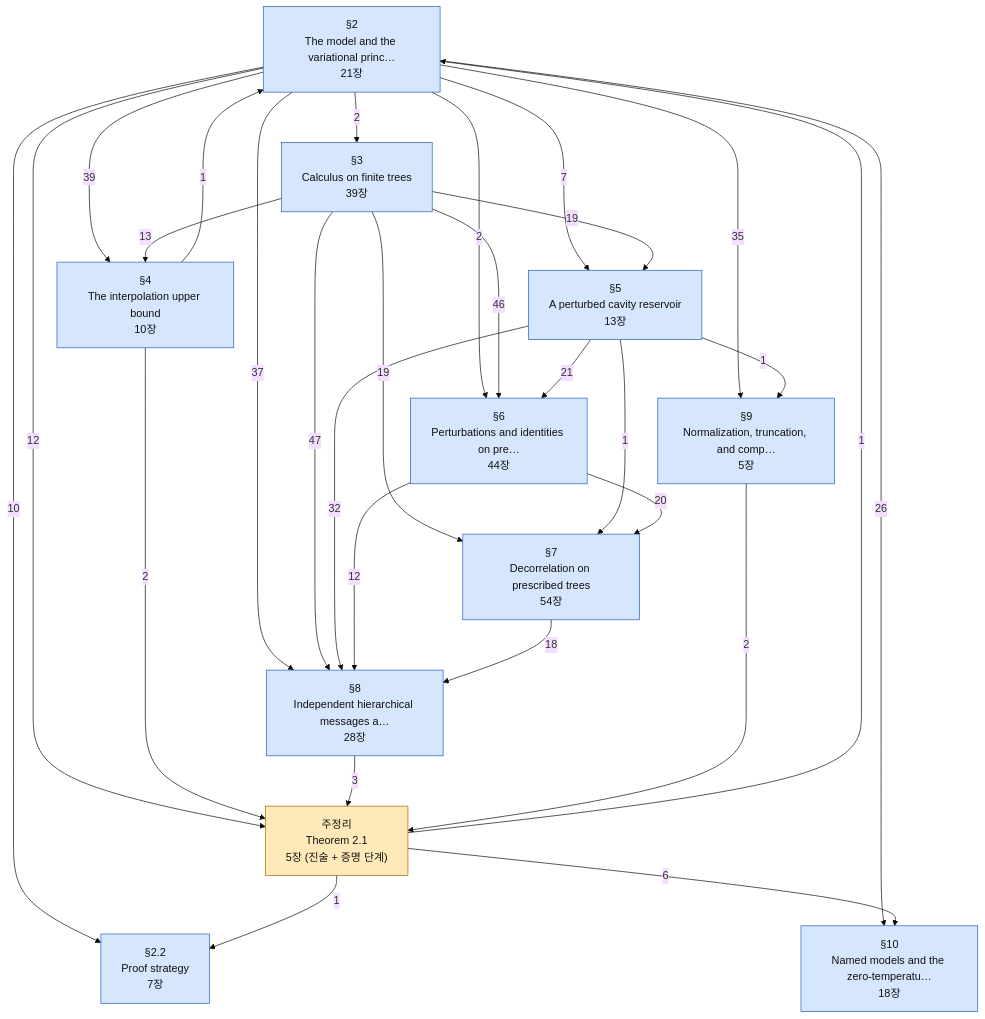
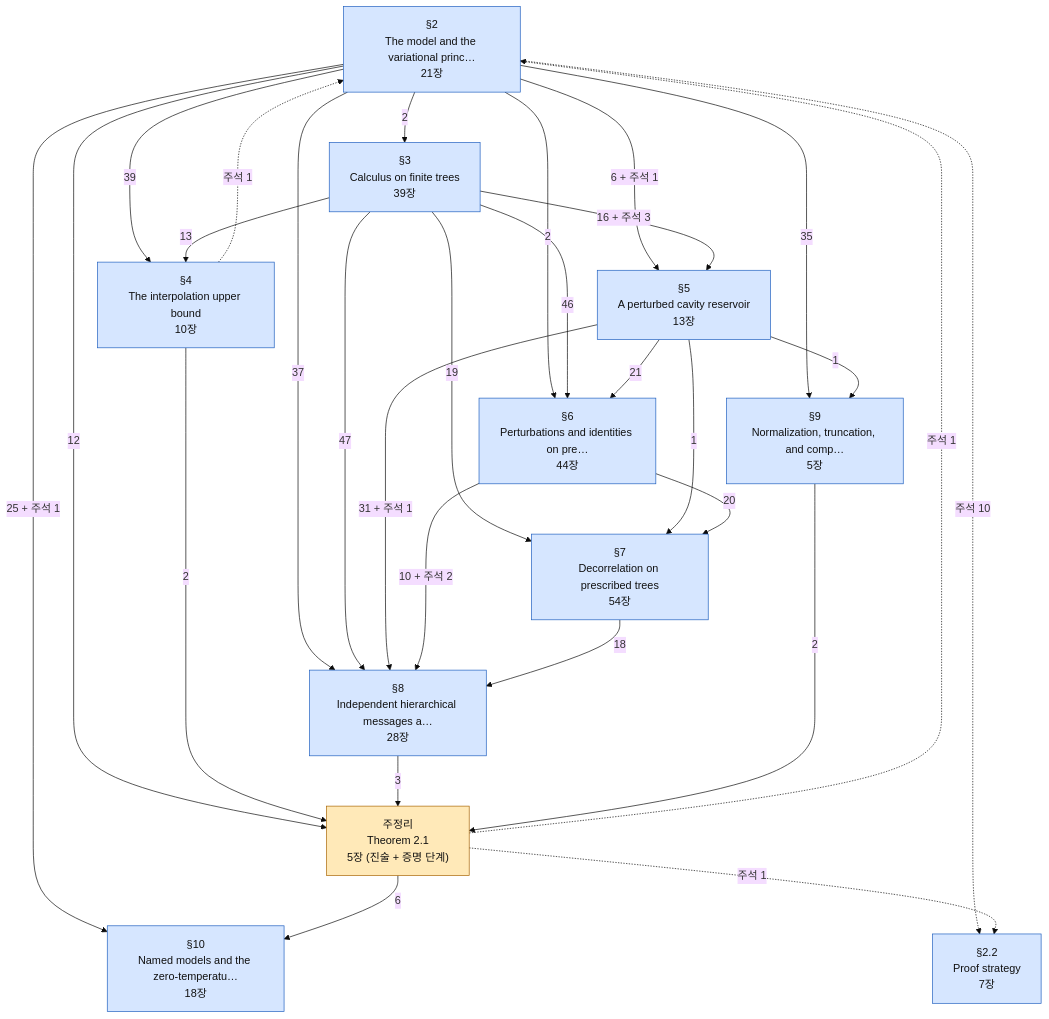
One commit to EuijinJeon/math2phys-site changed the diagram in redesign/build/artifact/maps/sections.mmd. Above: the diagram before and after it, drawn with Mermaid (base theme). The commit also changed 271 other files, not shown here.

```diff
--- a/redesign/build/artifact/maps/sections.mmd
+++ b/redesign/build/artifact/maps/sections.mmd
@@ -1,55 +1,55 @@
 flowchart TB
   S0["§2<br/>The model and the variational princ…<br/>21장"]
   S1["§2.2<br/>Proof strategy<br/>7장"]
   S2["주정리<br/>Theorem 2.1<br/>5장 (진술 + 증명 단계)"]
   S3["§3<br/>Calculus on finite trees<br/>39장"]
   S4["§4<br/>The interpolation upper bound<br/>10장"]
   S5["§5<br/>A perturbed cavity reservoir<br/>13장"]
   S6["§6<br/>Perturbations and identities on pre…<br/>44장"]
   S7["§7<br/>Decorrelation on prescribed trees<br/>54장"]
   S8["§8<br/>Independent hierarchical messages a…<br/>28장"]
   S9["§9<br/>Normalization, truncation, and comp…<br/>5장"]
   S10["§10<br/>Named models and the zero-temperatu…<br/>18장"]
-  S0 -->|10| S1
-  S0 -->|12| S2
-  S0 -->|2| S3
-  S0 -->|39| S4
-  S0 -->|7| S5
-  S0 -->|2| S6
-  S0 -->|37| S8
-  S0 -->|35| S9
-  S0 -->|26| S10
-  S2 -->|1| S0
-  S2 -->|1| S1
-  S2 -->|6| S10
-  S3 -->|13| S4
-  S3 -->|19| S5
-  S3 -->|46| S6
-  S3 -->|19| S7
-  S3 -->|47| S8
-  S4 -->|1| S0
-  S4 -->|2| S2
-  S5 -->|21| S6
-  S5 -->|1| S7
-  S5 -->|32| S8
-  S5 -->|1| S9
-  S6 -->|20| S7
-  S6 -->|12| S8
-  S7 -->|18| S8
-  S8 -->|3| S2
-  S9 -->|2| S2
+  S0 -->|"12"| S2
+  S0 -->|"2"| S3
+  S0 -->|"39"| S4
+  S0 -->|"6 + 주석 1"| S5
+  S0 -->|"2"| S6
+  S0 -->|"37"| S8
+  S0 -->|"35"| S9
+  S0 -->|"25 + 주석 1"| S10
+  S2 -->|"6"| S10
+  S3 -->|"13"| S4
+  S3 -->|"16 + 주석 3"| S5
+  S3 -->|"46"| S6
+  S3 -->|"19"| S7
+  S3 -->|"47"| S8
+  S4 -->|"2"| S2
+  S5 -->|"21"| S6
+  S5 -->|"1"| S7
+  S5 -->|"31 + 주석 1"| S8
+  S5 -->|"1"| S9
+  S6 -->|"20"| S7
+  S6 -->|"10 + 주석 2"| S8
+  S7 -->|"18"| S8
+  S8 -->|"3"| S2
+  S9 -->|"2"| S2
+  S0 -.->|"주석 10"| S1
+  S2 -.->|"주석 1"| S0
+  S2 -.->|"주석 1"| S1
+  S4 -.->|"주석 1"| S0
   classDef sec fill:#d6e6ff,stroke:#1f5fbf,color:#111;
   classDef mainc fill:#ffe9b8,stroke:#a86400,color:#111;
   class S0,S1,S3,S4,S5,S6,S7,S8,S9,S10 sec;
   class S2 mainc;
   click S0 "cards/model.section.html"
   click S1 "cards/x.overview-strategy.html"
   click S2 "cards/main.theorem.html"
   click S3 "cards/tree.section.html"
   click S4 "cards/upper.section.html"
   click S5 "cards/cavity.section.html"
   click S6 "cards/pert.section.html"
   click S7 "cards/decor.section.html"
   click S8 "cards/comp.section.html"
   click S9 "cards/reduction.section.html"
   click S10 "cards/models.section.html"
```
